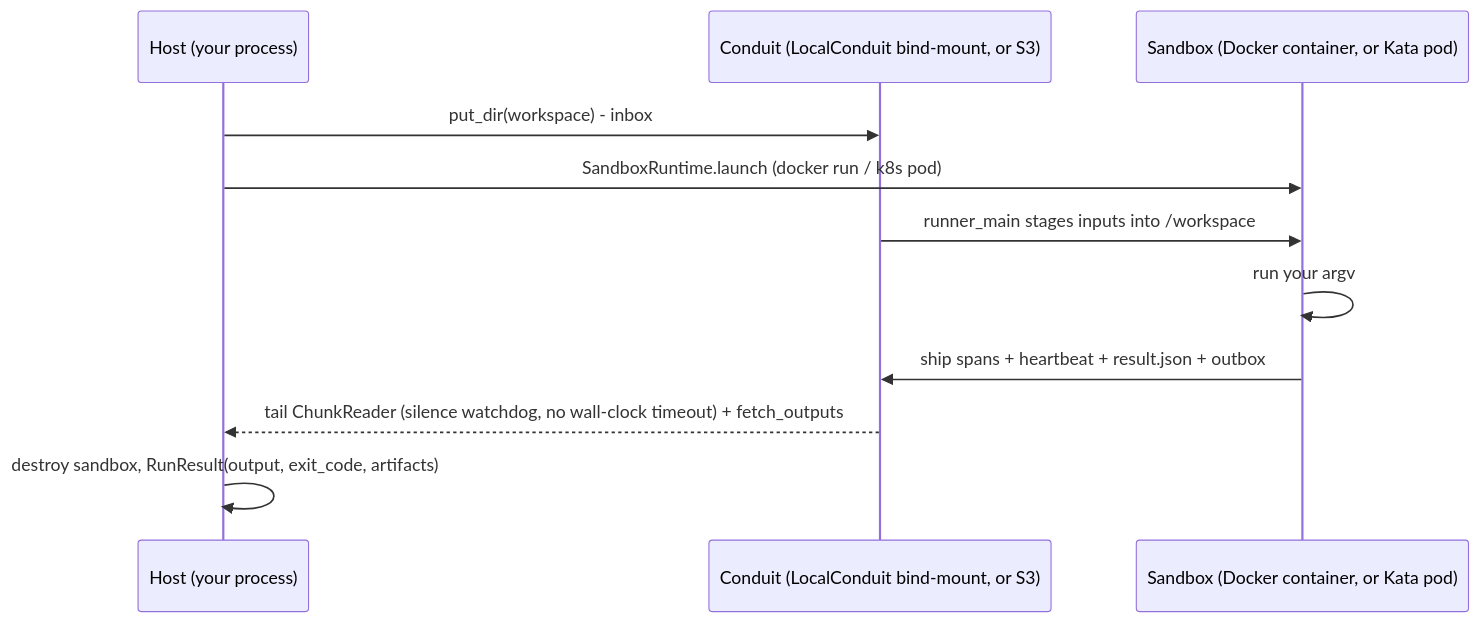
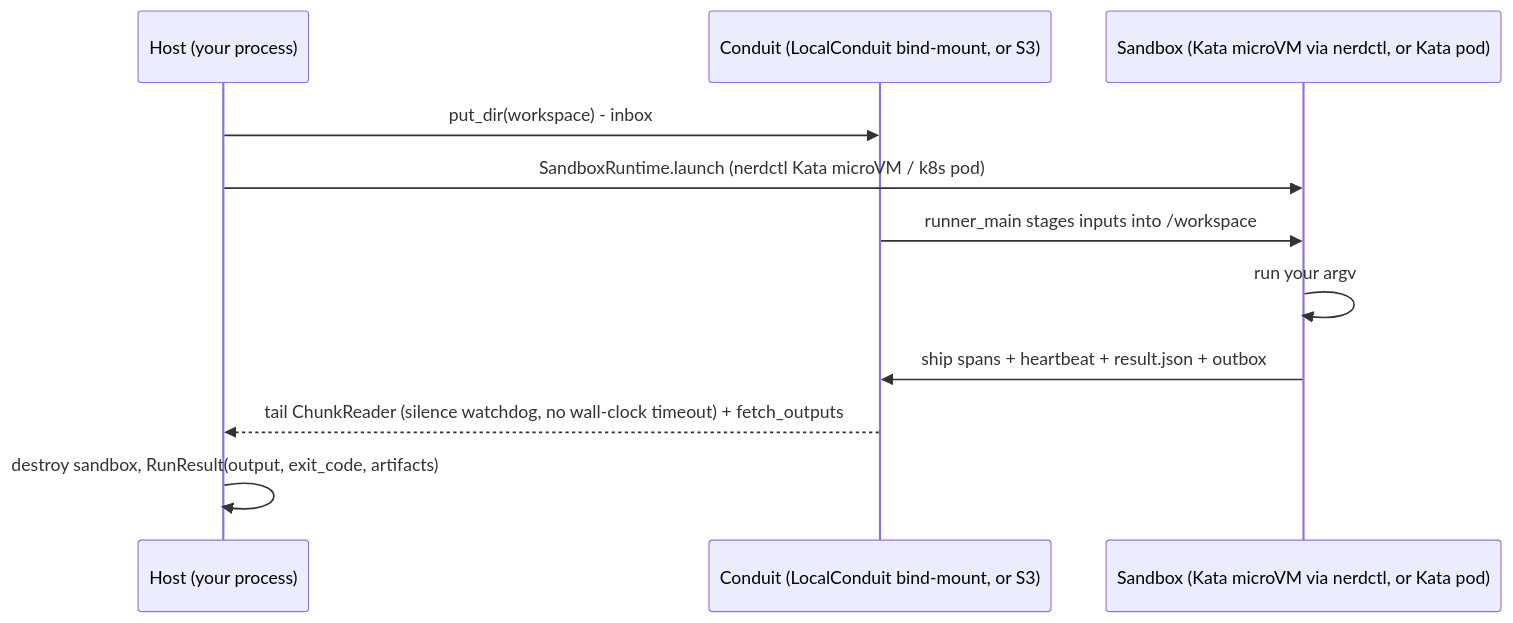
The second of 2 diagrams in docs/backends.md (DeepBlueCoding/resoluto-sandbox), drawn with Mermaid before and after one commit. The commit also changed other lines of this file and 42 other files, not shown here.

First line of the commit message:
feat(sandbox): local Kata backend (nerdctl + dedicated containerd) + de-slop the package

````diff
--- a/docs/backends.md
+++ b/docs/backends.md
@@ -38,13 +37,13 @@
 ```mermaid
 sequenceDiagram
     participant H as Host (your process)
     participant C as Conduit (LocalConduit bind-mount, or S3)
-    participant W as Sandbox (Docker container, or Kata pod)
+    participant W as Sandbox (Kata microVM via nerdctl, or Kata pod)
     H->>C: put_dir(workspace) - inbox
-    H->>W: SandboxRuntime.launch (docker run / k8s pod)
+    H->>W: SandboxRuntime.launch (nerdctl Kata microVM / k8s pod)
     C->>W: runner_main stages inputs into /workspace
     W->>W: run your argv
     W->>C: ship spans + heartbeat + result.json + outbox
     C-->>H: tail ChunkReader (silence watchdog, no wall-clock timeout) + fetch_outputs
     H->>H: destroy sandbox, RunResult(output, exit_code, artifacts)
 ```
````
